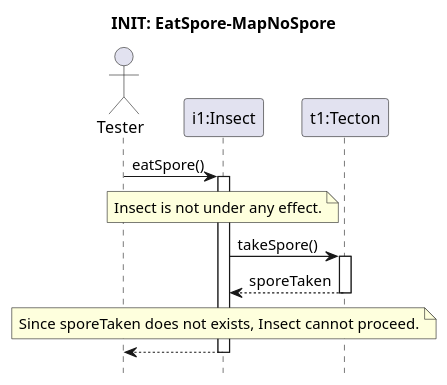
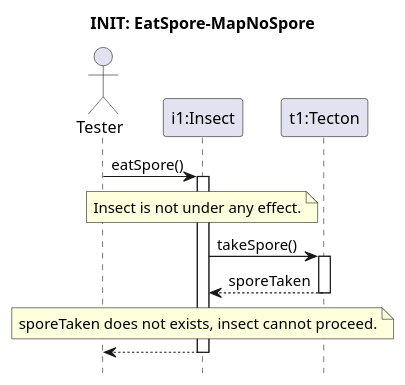
The diagram in Skeleton/Eat-spore/no-spore.pu (ZD4ve/projlab-error521), drawn with PlantUML before and after one commit. The commit also changed 8 other files, not shown here.

```diff
--- a/Skeleton/Eat-spore/no-spore.pu
+++ b/Skeleton/Eat-spore/no-spore.pu
@@ -1,21 +1,21 @@
 @startuml Insect-chew-mycelium/no-spore
 hide footbox
 title INIT: EatSpore-MapNoSpore
 
 actor Tester as S
 participant "i1:Insect" as i1
 participant "t1:Tecton" as t1
 
 S -> i1 : eatSpore()
 activate i1
 
 note over i1: Insect is not under any effect.
 i1 -> t1 : takeSpore()
 activate t1
 
 return sporeTaken
 
-note over i1: Since sporeTaken does not exists, Insect cannot proceed.
+note over i1: sporeTaken does not exists, insect cannot proceed.
 
 return
 @enduml
```
